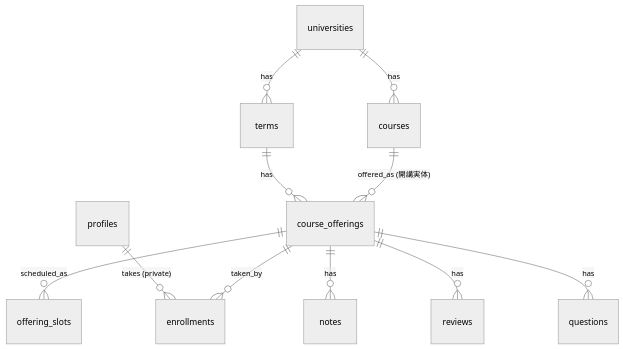
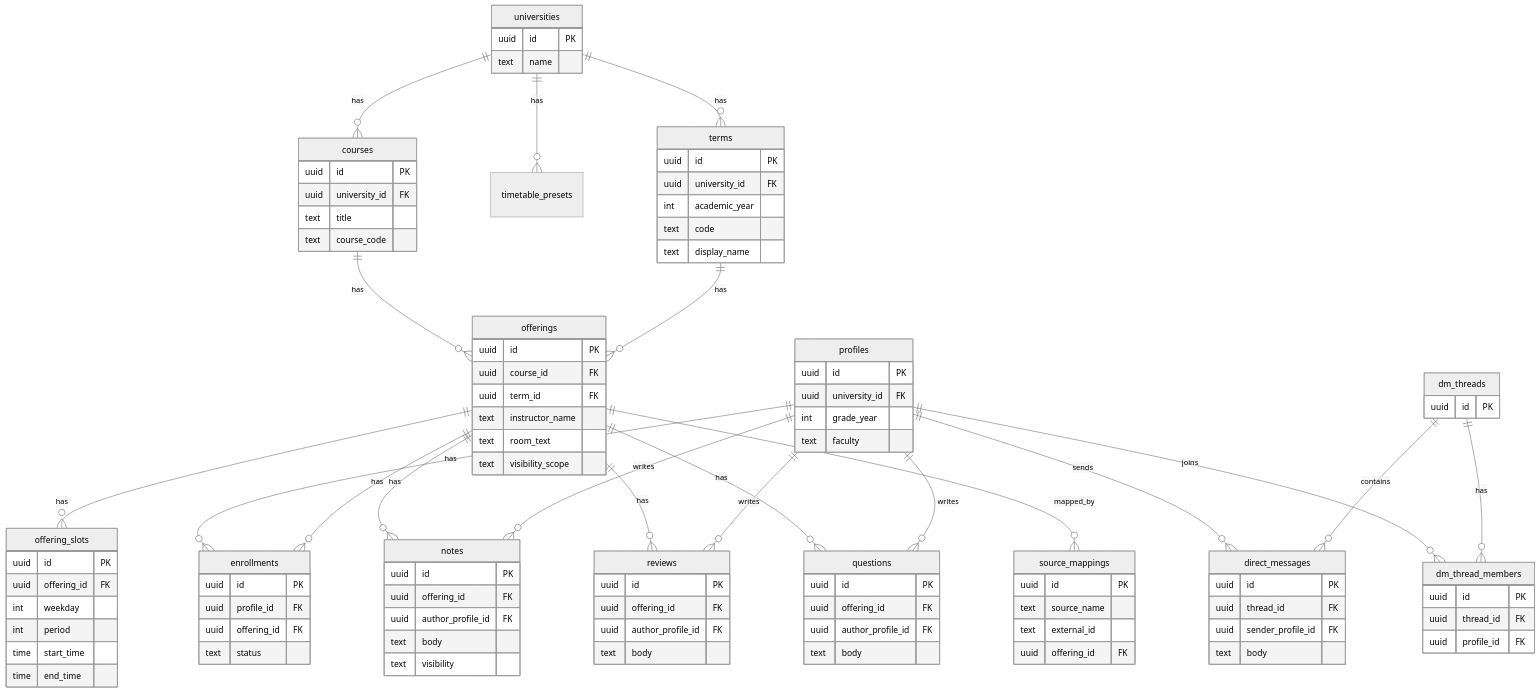
Before and after one commit to Taku315o/studyshare: the second of 4 diagrams in README.md, drawn with Mermaid (neutral theme). The commit also changed other lines of this file, not shown here.

````diff
--- a/README.md
+++ b/README.md
@@ -106,15 +316,124 @@
 ```mermaid
 erDiagram
+  profiles ||--o{ enrollments : has
   universities ||--o{ terms : has
+  universities ||--o{ timetable_presets : has
   universities ||--o{ courses : has
-  terms ||--o{ course_offerings : has
-  courses ||--o{ course_offerings : "offered_as (開講実体)"
-  course_offerings ||--o{ offering_slots : scheduled_as
-  
-  profiles ||--o{ enrollments : "takes (private)"
-  course_offerings ||--o{ enrollments : taken_by
-  
-  course_offerings ||--o{ notes : has
-  course_offerings ||--o{ reviews : has
-  course_offerings ||--o{ questions : has
+
+  courses ||--o{ offerings : has
+  terms ||--o{ offerings : has
+
+  offerings ||--o{ offering_slots : has
+  offerings ||--o{ enrollments : has
+  offerings ||--o{ notes : has
+  offerings ||--o{ reviews : has
+  offerings ||--o{ questions : has
+  offerings ||--o{ source_mappings : mapped_by
+
+  profiles ||--o{ notes : writes
+  profiles ||--o{ reviews : writes
+  profiles ||--o{ questions : writes
+  profiles ||--o{ direct_messages : sends
+
+  dm_threads ||--o{ direct_messages : contains
+  profiles ||--o{ dm_thread_members : joins
+  dm_threads ||--o{ dm_thread_members : has
+
+  universities {
+    uuid id PK
+    text name
+  }
+
+  profiles {
+    uuid id PK
+    uuid university_id FK
+    int grade_year
+    text faculty
+  }
+
+  terms {
+    uuid id PK
+    uuid university_id FK
+    int academic_year
+    text code
+    text display_name
+  }
+
+  courses {
+    uuid id PK
+    uuid university_id FK
+    text title
+    text course_code
+  }
+
+  offerings {
+    uuid id PK
+    uuid course_id FK
+    uuid term_id FK
+    text instructor_name
+    text room_text
+    text visibility_scope
+  }
+
+  offering_slots {
+    uuid id PK
+    uuid offering_id FK
+    int weekday
+    int period
+    time start_time
+    time end_time
+  }
+
+  enrollments {
+    uuid id PK
+    uuid profile_id FK
+    uuid offering_id FK
+    text status
+  }
+
+  notes {
+    uuid id PK
+    uuid offering_id FK
+    uuid author_profile_id FK
+    text body
+    text visibility
+  }
+
+  reviews {
+    uuid id PK
+    uuid offering_id FK
+    uuid author_profile_id FK
+    text body
+  }
+
+  questions {
+    uuid id PK
+    uuid offering_id FK
+    uuid author_profile_id FK
+    text body
+  }
+
+  source_mappings {
+    uuid id PK
+    text source_name
+    text external_id
+    uuid offering_id FK
+  }
+
+  dm_threads {
+    uuid id PK
+  }
+
+  dm_thread_members {
+    uuid id PK
+    uuid thread_id FK
+    uuid profile_id FK
+  }
+
+  direct_messages {
+    uuid id PK
+    uuid thread_id FK
+    uuid sender_profile_id FK
+    text body
+  }
 ```
````
